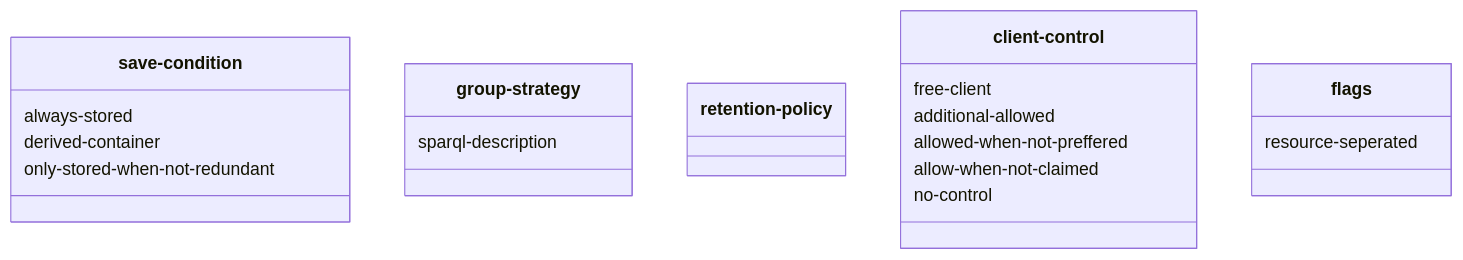
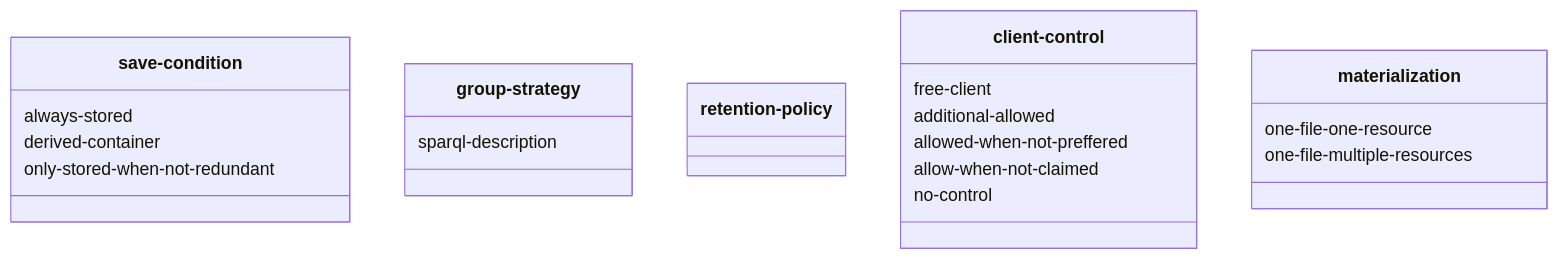
One commit to jitsedesmet/thesis changed the diagram in solution/storage-guidance-ontology/index.md. Above: the diagram before and after it, drawn with Mermaid. The commit also changed other lines of this file, not shown here.

Commit message:
materialization

````diff
--- a/solution/storage-guidance-ontology/index.md
+++ b/solution/storage-guidance-ontology/index.md
@@ -115,23 +119,24 @@
 ```mermaid
 classDiagram
     class save-condition{
       always-stored
       derived-container
       only-stored-when-not-redundant
     }
     class group-strategy{
       sparql-description
     }
     class retention-policy{
     }
     class client-control {
         free-client
         additional-allowed
         allowed-when-not-preffered
         allow-when-not-claimed
         no-control
     }
-    class flags {
-        resource-seperated
+    class materialization {
+        one-file-one-resource
+        one-file-multiple-resources
     }
 ```
````
